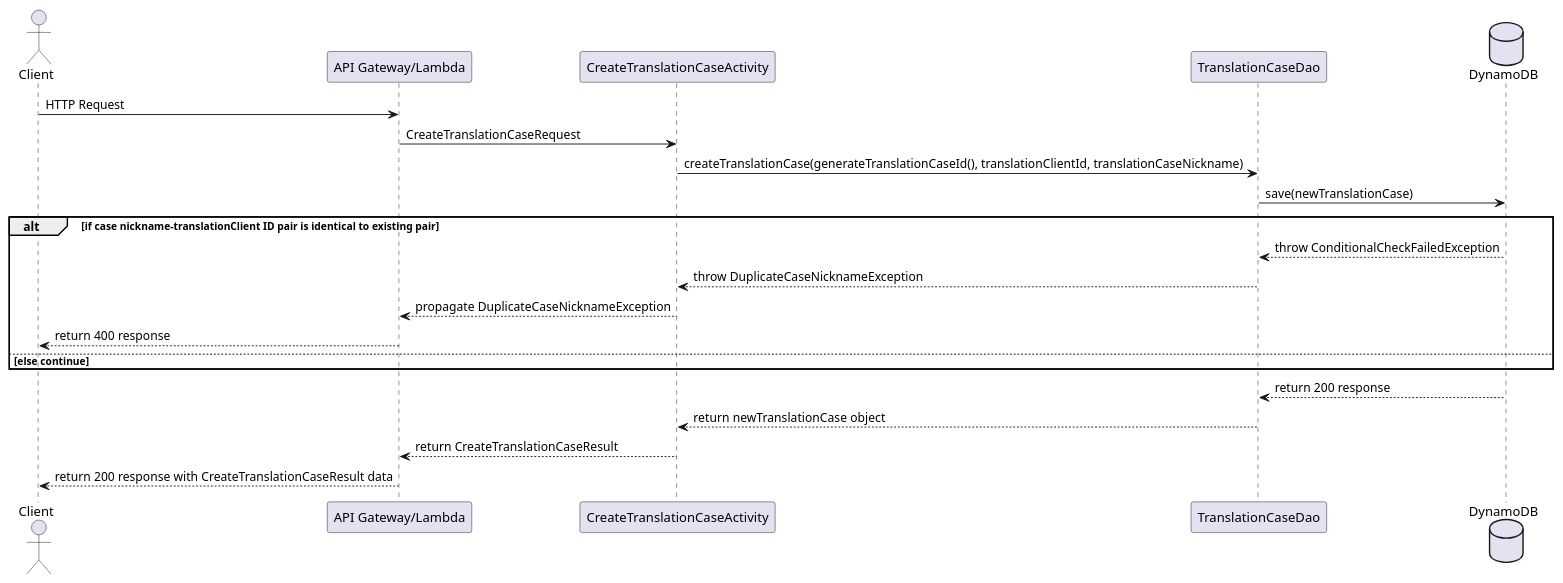
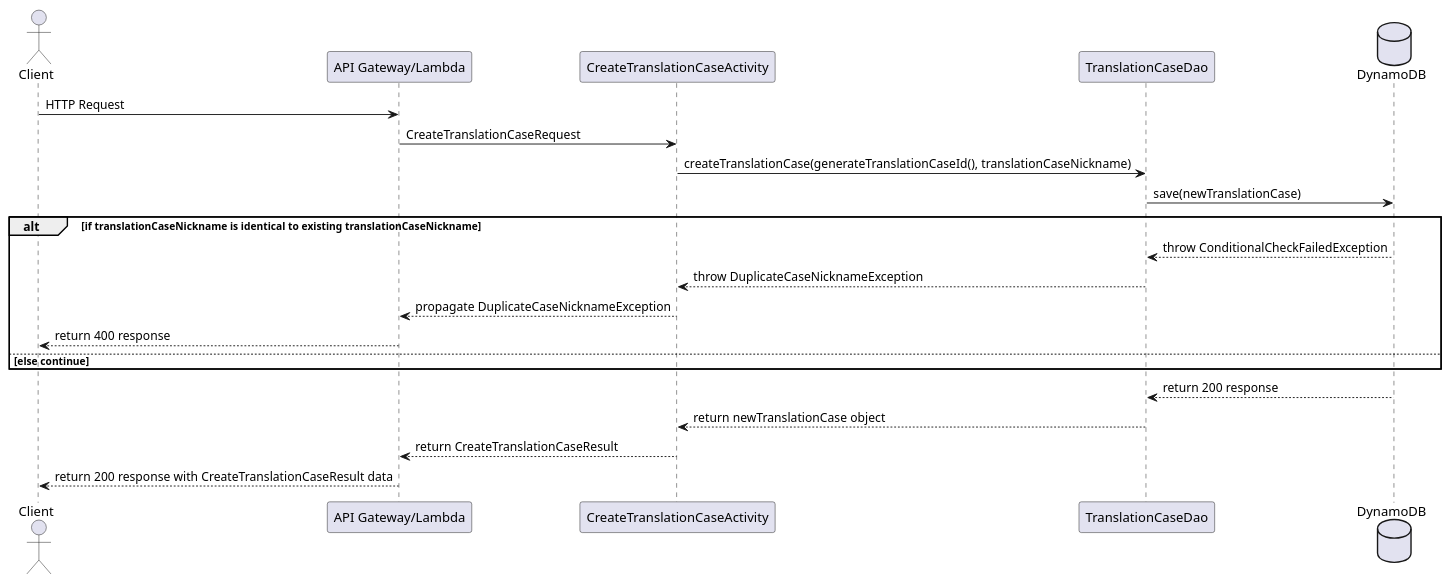
The diagram in resources/CreateTranslationCase-Sequence.puml (usedtothink/translation-tracker), drawn with PlantUML before and after one commit. The commit also changed 4 other files, not shown here.

Commit message:
Updated design document based on instructor feedback, added Create Translation Client Endpoint

```diff
--- a/resources/CreateTranslationCase-Sequence.puml
+++ b/resources/CreateTranslationCase-Sequence.puml
@@ -1,28 +1,28 @@
 @startuml
 
 actor Client
 participant "API Gateway/Lambda"
 participant CreateTranslationCaseActivity
 participant TranslationCaseDao
 database    DynamoDB
 
 Client -> "API Gateway/Lambda" : HTTP Request
 "API Gateway/Lambda" -> CreateTranslationCaseActivity : CreateTranslationCaseRequest
 
-CreateTranslationCaseActivity -> TranslationCaseDao : createTranslationCase(generateTranslationCaseId(), translationClientId, translationCaseNickname)
+CreateTranslationCaseActivity -> TranslationCaseDao : createTranslationCase(generateTranslationCaseId(), translationCaseNickname)
 TranslationCaseDao -> DynamoDB : save(newTranslationCase)
 
-alt if case nickname-translationClient ID pair is identical to existing pair
+alt if translationCaseNickname is identical to existing translationCaseNickname
     DynamoDB --> TranslationCaseDao: throw ConditionalCheckFailedException
     TranslationCaseDao --> CreateTranslationCaseActivity: throw DuplicateCaseNicknameException
     CreateTranslationCaseActivity --> "API Gateway/Lambda": propagate DuplicateCaseNicknameException
     "API Gateway/Lambda" --> Client : return 400 response
 else else continue
 end
 
 DynamoDB --> TranslationCaseDao : return 200 response
 TranslationCaseDao --> CreateTranslationCaseActivity : return newTranslationCase object
 CreateTranslationCaseActivity --> "API Gateway/Lambda" : return CreateTranslationCaseResult
 "API Gateway/Lambda" --> Client : return 200 response with CreateTranslationCaseResult data
 
 @enduml
```
